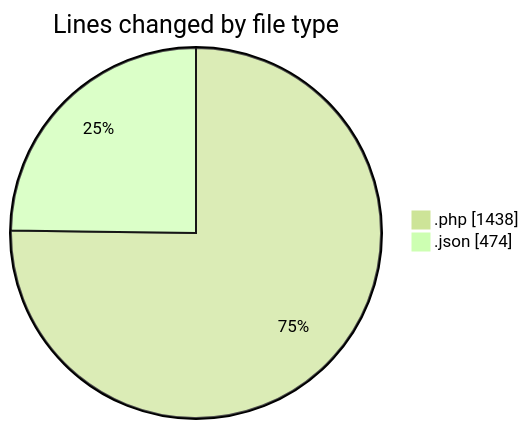
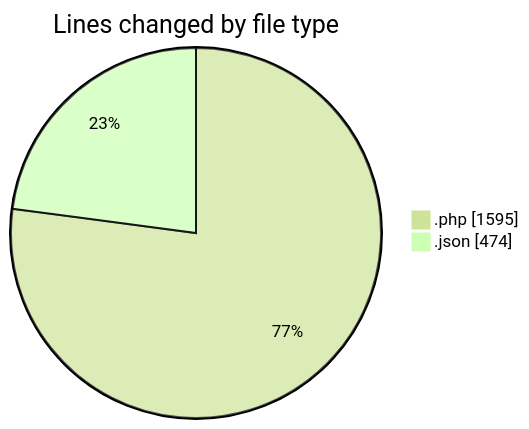
One commit to idhammustaqopulfikri/code-tracking changed the first of 2 diagrams in 2025-06-02/studio-backend/README.md. Above: the diagram before and after it, drawn with Mermaid (forest theme). The commit also changed other lines of this file and 1 other file, not shown here.

````diff
--- a/2025-06-02/studio-backend/README.md
+++ b/2025-06-02/studio-backend/README.md
@@ -38,6 +38,6 @@
 ```mermaid
 pie showData
 title Lines changed by file type
-".php" : 1438
+".php" : 1595
 ".json" : 474
 ```
````
